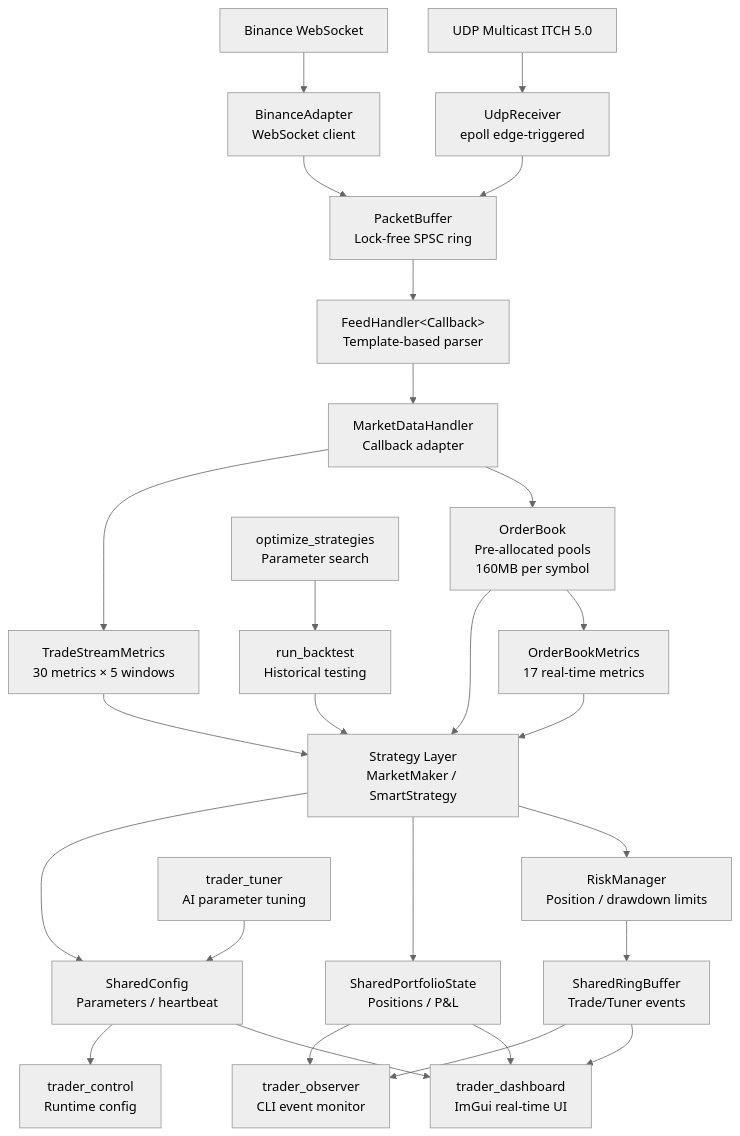
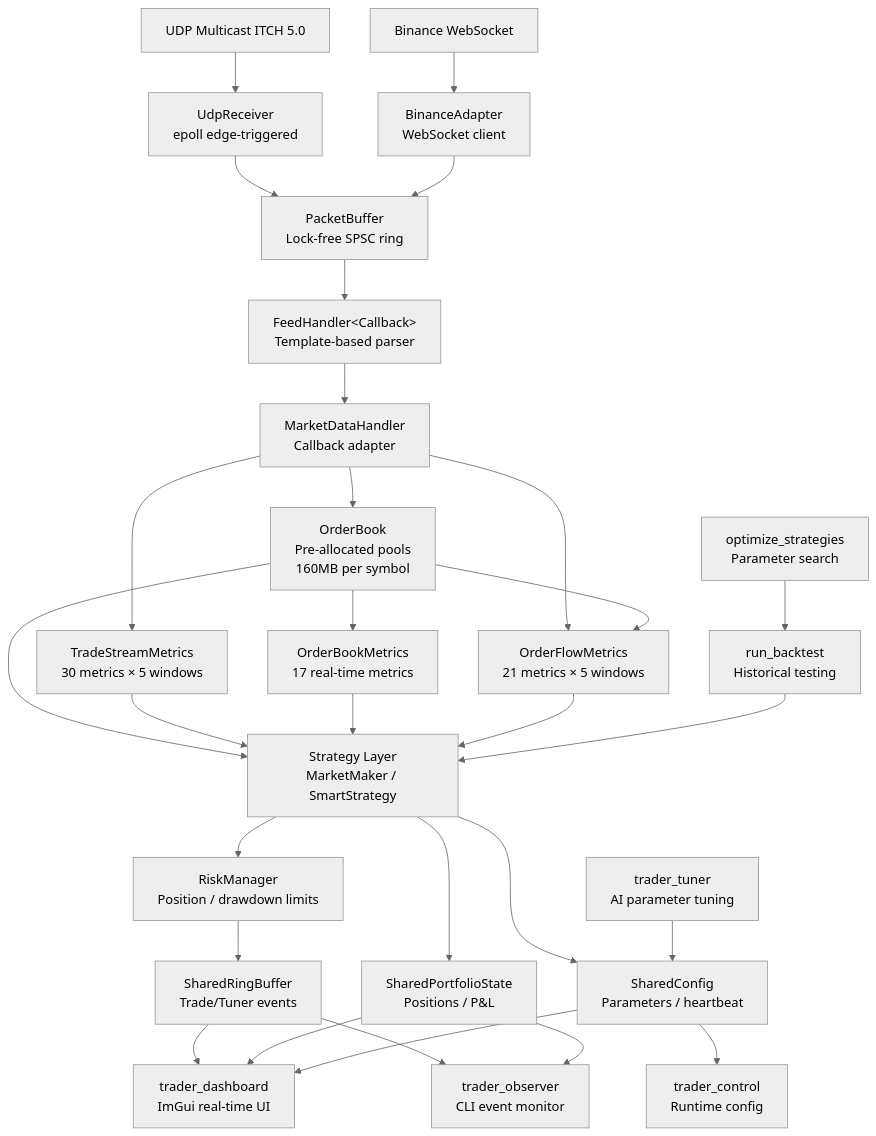
The first of 13 diagrams in ARCHITECTURE.md (orhanveliesen/hft-trading-system), drawn with Mermaid (neutral theme) before and after one commit. The commit also changed other lines of this file and 3 other files, not shown here.

First line of the commit message:
[FEAT] #38: Implement Phase 3 Order Flow Metrics

````diff
--- a/ARCHITECTURE.md
+++ b/ARCHITECTURE.md
@@ -7,47 +7,50 @@
 ```mermaid
 flowchart TD
     %% External Data Sources
     UDP[UDP Multicast ITCH 5.0] --> UdpReceiver
     WebSocket[Binance WebSocket] --> BinanceAdapter
 
     %% Network Layer
     UdpReceiver[UdpReceiver<br/>epoll edge-triggered] --> PacketBuffer[PacketBuffer<br/>Lock-free SPSC ring]
     BinanceAdapter[BinanceAdapter<br/>WebSocket client] --> PacketBuffer
 
     %% Parsing Layer
     PacketBuffer --> FeedHandler[FeedHandler&lt;Callback&gt;<br/>Template-based parser]
     FeedHandler --> MDHandler[MarketDataHandler<br/>Callback adapter]
 
     %% Market Data
     MDHandler --> OrderBook[OrderBook<br/>Pre-allocated pools<br/>160MB per symbol]
 
     %% Metrics Layer
     MDHandler --> TradeMetrics[TradeStreamMetrics<br/>30 metrics × 5 windows]
     OrderBook --> BookMetrics[OrderBookMetrics<br/>17 real-time metrics]
+    MDHandler --> FlowMetrics[OrderFlowMetrics<br/>21 metrics × 5 windows]
+    OrderBook --> FlowMetrics
 
     %% Strategy Layer
     OrderBook --> Strategy[Strategy Layer<br/>MarketMaker / SmartStrategy]
     TradeMetrics --> Strategy
     BookMetrics --> Strategy
+    FlowMetrics --> Strategy
     Strategy --> RiskMgr[RiskManager<br/>Position / drawdown limits]
 
     %% IPC Layer
     RiskMgr --> IPC_Events[SharedRingBuffer<br/>Trade/Tuner events]
     Strategy --> IPC_Portfolio[SharedPortfolioState<br/>Positions / P&L]
     Strategy --> IPC_Config[SharedConfig<br/>Parameters / heartbeat]
 
     %% Consumers (read-only)
     IPC_Events --> Dashboard[trader_dashboard<br/>ImGui real-time UI]
     IPC_Portfolio --> Dashboard
     IPC_Config --> Dashboard
 
     IPC_Events --> Observer[trader_observer<br/>CLI event monitor]
     IPC_Portfolio --> Observer
 
     IPC_Config --> Control[trader_control<br/>Runtime config]
 
     %% Tools
     Backtest[run_backtest<br/>Historical testing] --> Strategy
     Optimizer[optimize_strategies<br/>Parameter search] --> Backtest
     Tuner[trader_tuner<br/>AI parameter tuning] --> IPC_Config
 ```
````
